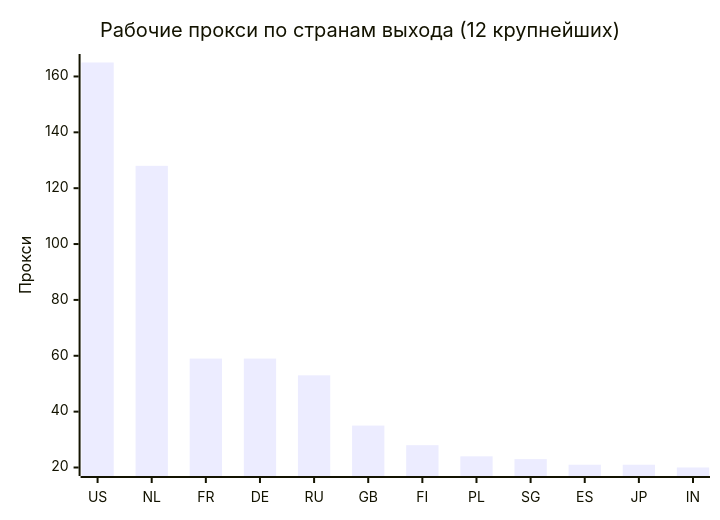
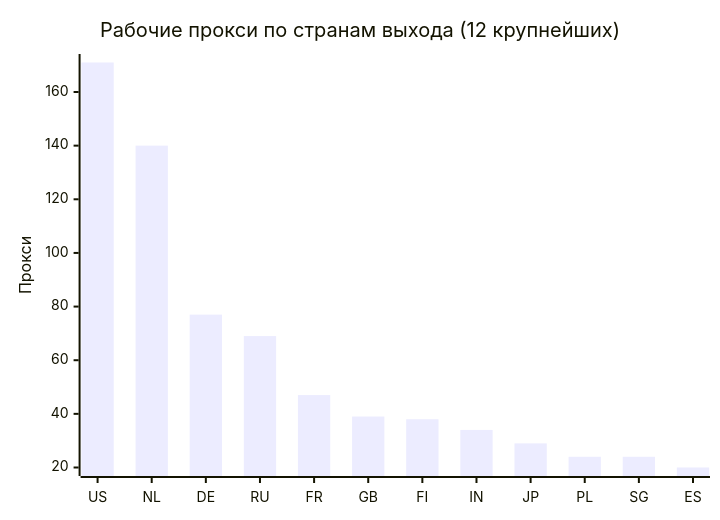
Before and after one commit to rvvg/proxy-subs: the second of 4 diagrams in README.md, drawn with Mermaid. The commit also changed other lines of this file and 57 other files, not shown here.

````diff
--- a/README.md
+++ b/README.md
@@ -137,7 +136,7 @@
 ```mermaid
 xychart-beta
     title "Рабочие прокси по странам выхода (12 крупнейших)"
-    x-axis ["US", "NL", "FR", "DE", "RU", "GB", "FI", "PL", "SG", "ES", "JP", "IN"]
+    x-axis ["US", "NL", "DE", "RU", "FR", "GB", "FI", "IN", "JP", "PL", "SG", "ES"]
     y-axis "Прокси"
-    bar [165, 128, 59, 59, 53, 35, 28, 24, 23, 21, 21, 20]
+    bar [171, 140, 77, 69, 47, 39, 38, 34, 29, 24, 24, 20]
 ```
````
